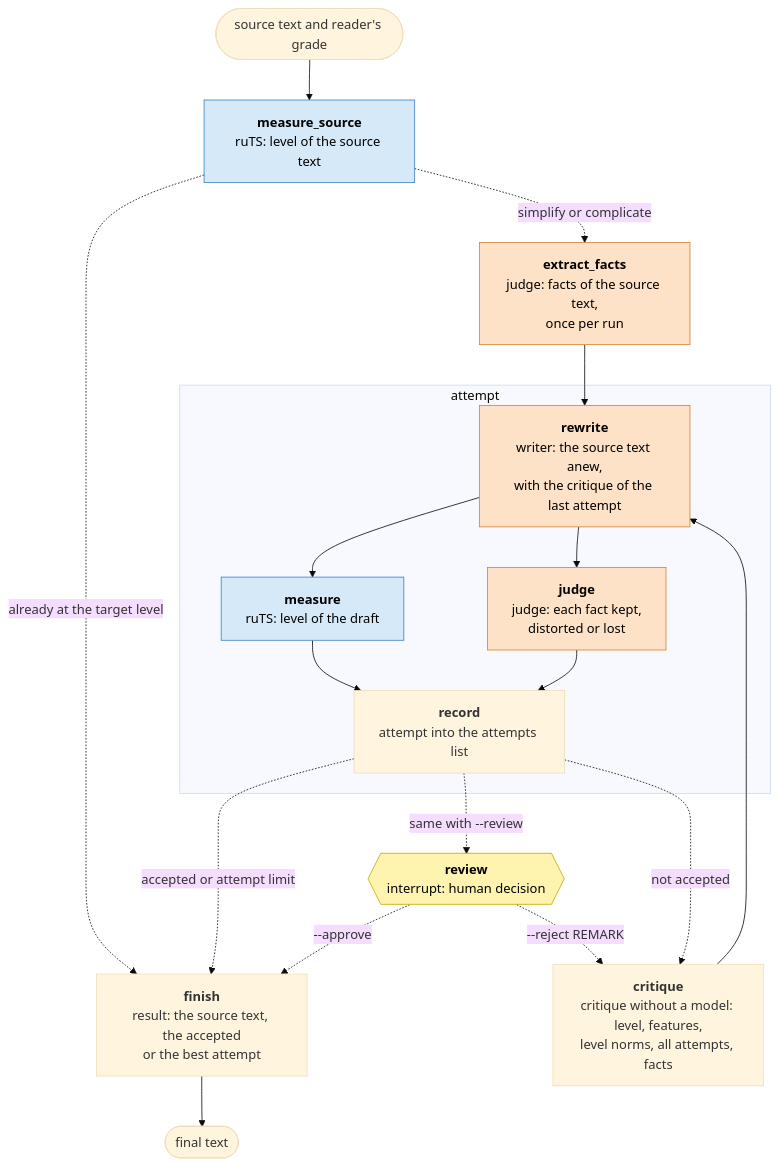
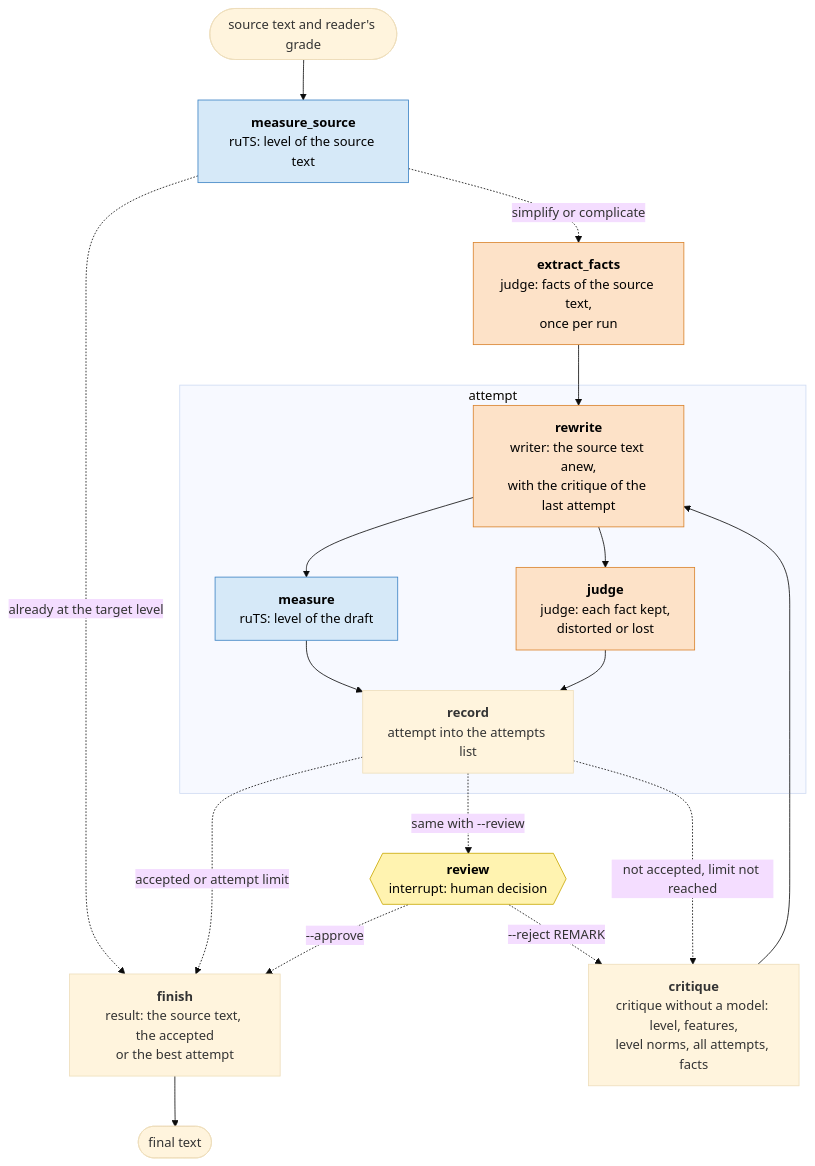
Before and after one commit to SergeyShk/ruTS-adapt: the diagram in README.en.md, drawn with Mermaid (base theme). The commit also changed other lines of this file and 2 other files, not shown here.

First line of the commit message:
Уточнить README по ревью и сделать тест схемы строгим

````diff
--- a/README.en.md
+++ b/README.en.md
@@ -137,38 +139,38 @@
 ```mermaid
 flowchart TD
     start(["source text and reader's grade"]) --> measure_source
     measure_source["<b>measure_source</b><br/>ruTS: level of the source text"]
     measure_source -.->|"already at the target level"| finish
     measure_source -.->|"simplify or complicate"| extract_facts
     extract_facts["<b>extract_facts</b><br/>judge: facts of the source text,<br/>once per run"]
     extract_facts --> rewrite
 
     subgraph attempt ["attempt"]
         rewrite["<b>rewrite</b><br/>writer: the source text anew,<br/>with the critique of the last attempt"]
         rewrite --> measure["<b>measure</b><br/>ruTS: level of the draft"]
         rewrite --> judge["<b>judge</b><br/>judge: each fact kept,<br/>distorted or lost"]
         measure --> record
         judge --> record
         record["<b>record</b><br/>attempt into the attempts list"]
     end
 
     record -.->|"accepted or attempt limit"| finish
     record -.->|"same with --review"| review
-    record -.->|"not accepted"| critique
+    record -.->|"not accepted, limit not reached"| critique
     critique["<b>critique</b><br/>critique without a model: level, features,<br/>level norms, all attempts, facts"]
     critique --> rewrite
 
     review{{"<b>review</b><br/>interrupt: human decision"}}
     review -.->|"--approve"| finish
     review -.->|"--reject REMARK"| critique
 
     finish["<b>finish</b><br/>result: the source text, the accepted<br/>or the best attempt"]
     finish --> done(["final text"])
 
     classDef model fill:#fde2c8,stroke:#d9822b,color:#000
     classDef ruts fill:#d6e9f8,stroke:#3b82c4,color:#000
     classDef human fill:#fff3b0,stroke:#c9a800,color:#000
     class extract_facts,rewrite,judge model
     class measure_source,measure ruts
     class review human
 ```
````
